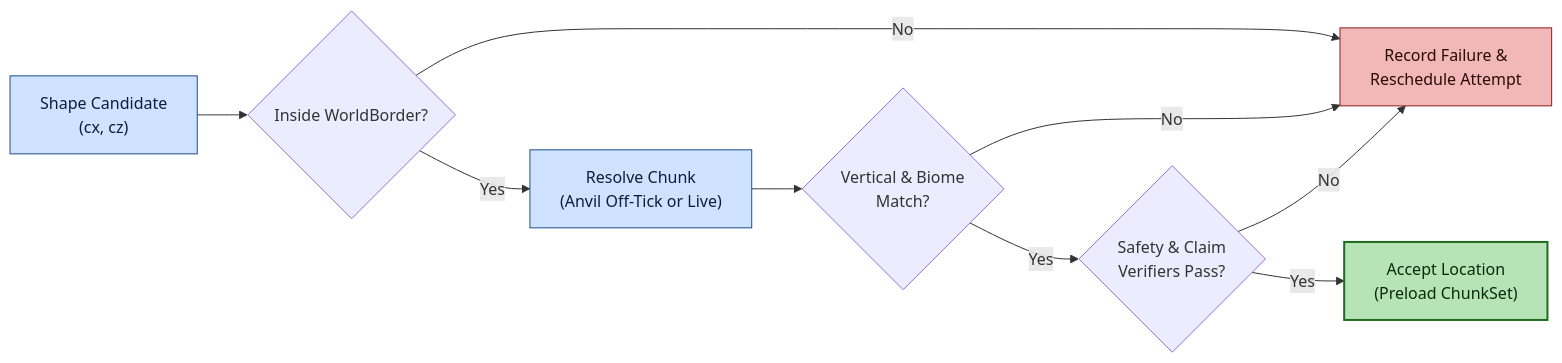
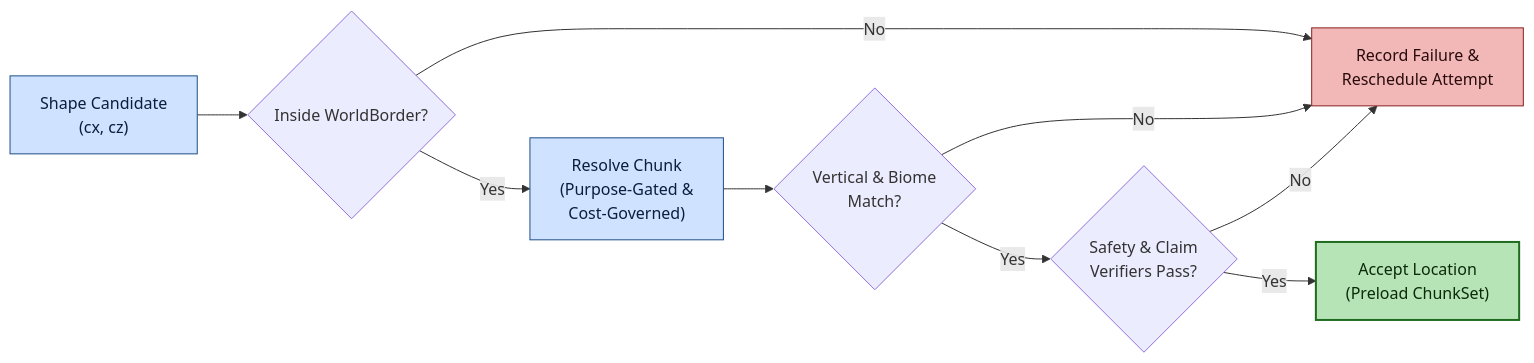
One commit to DailyStruggle/RTP changed the first of 2 diagrams in docs/architecture/08-location-selection-per-attempt.md. Above: the diagram before and after it, drawn with Mermaid. The commit also changed other lines of this file and 223 other files, not shown here.

````diff
--- a/docs/architecture/08-location-selection-per-attempt.md
+++ b/docs/architecture/08-location-selection-per-attempt.md
@@ -17,18 +17,18 @@
 ```mermaid
 flowchart LR
     A["Shape Candidate<br/>(cx, cz)"] --> B{"Inside WorldBorder?"}
     B -- "No" --> Ret["Record Failure &<br/>Reschedule Attempt"]
-    B -- "Yes" --> C["Resolve Chunk<br/>(Anvil Off-Tick or Live)"]
+    B -- "Yes" --> C["Resolve Chunk<br/>(Purpose-Gated &amp;<br/>Cost-Governed)"]
     C --> D{"Vertical & Biome<br/>Match?"}
     D -- "No" --> Ret
     D -- "Yes" --> E{"Safety & Claim<br/>Verifiers Pass?"}
     E -- "No" --> Ret
     E -- "Yes" --> F["Accept Location<br/>(Preload ChunkSet)"]
 
     classDef success fill:#b7e4b7,stroke:#1f6b1f,stroke-width:2px,color:#0b2a0b;
     classDef fail    fill:#f2b8b8,stroke:#8a1f1f,stroke-width:1px,color:#2a0b0b;
     classDef step    fill:#cfe2ff,stroke:#1f4e8a,stroke-width:1px,color:#0b1f3a;
     class A,C step;
     class Ret fail;
     class F success;
 ```
````
